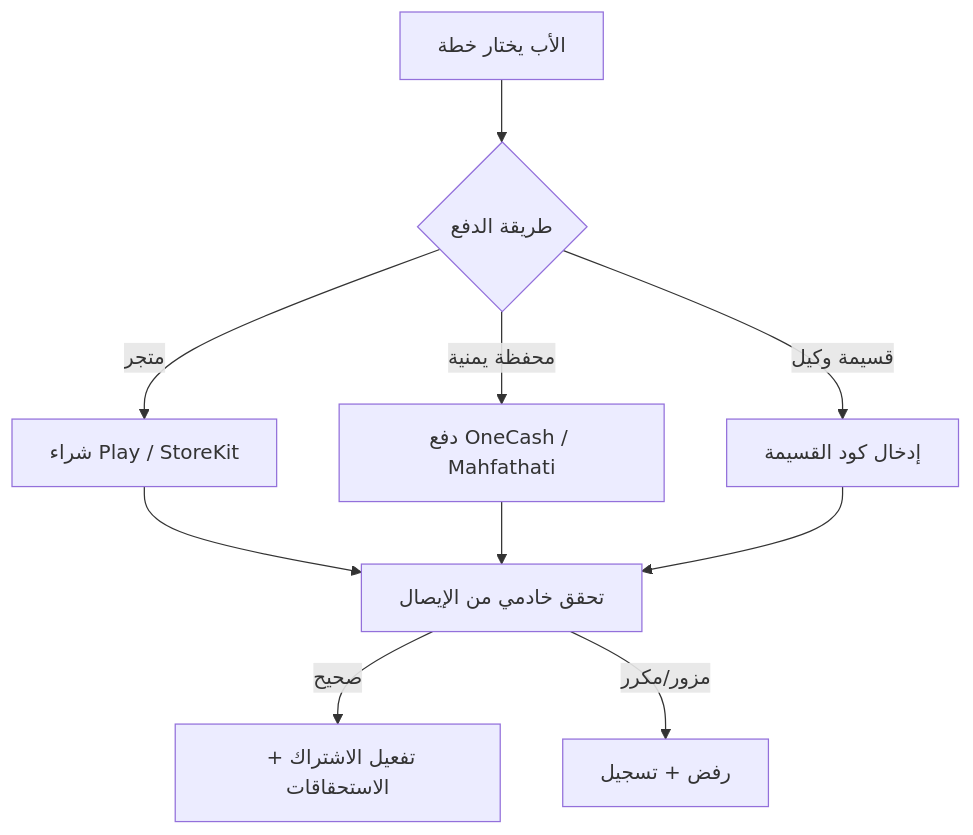
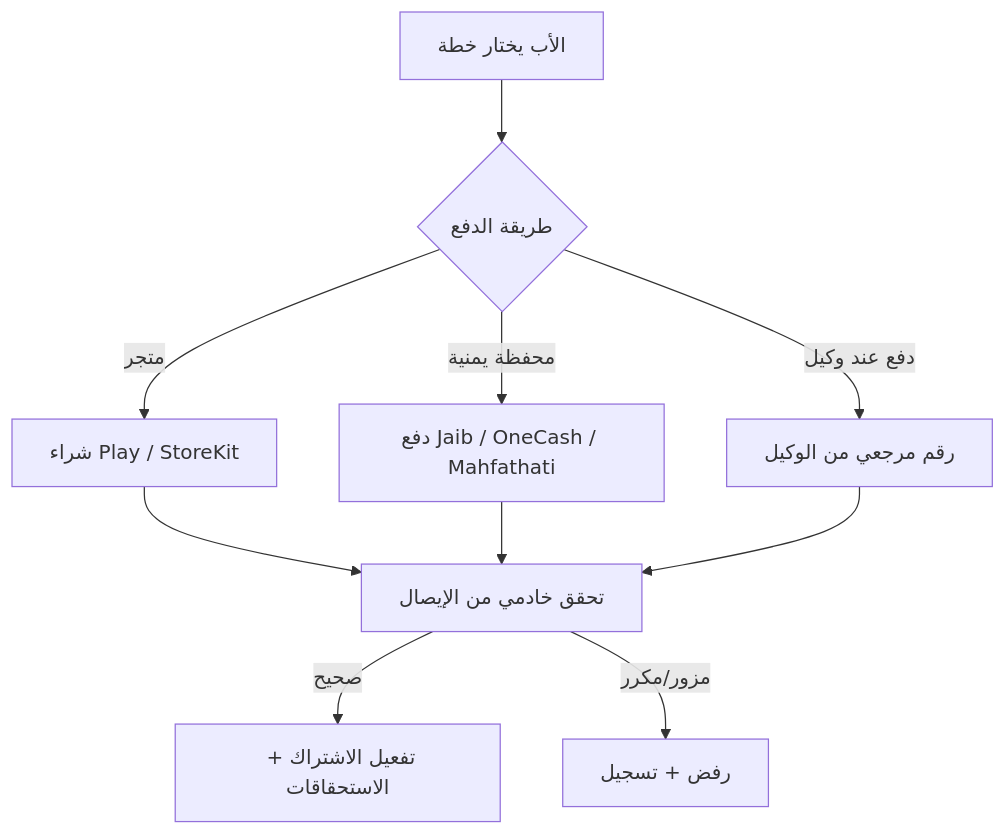
One commit to Bassam-mohammed-alqaeadi/family-os-v2 changed the fourth of 5 diagrams in docs/family-os/governance/phases/phase-1/S1-04-plans-and-subscriptions/SPEC.md. Above: the diagram before and after it, drawn with Mermaid. The commit also changed other lines of this file and 32 other files, not shown here.

````diff
--- a/docs/family-os/governance/phases/phase-1/S1-04-plans-and-subscriptions/SPEC.md
+++ b/docs/family-os/governance/phases/phase-1/S1-04-plans-and-subscriptions/SPEC.md
@@ -106,12 +104,12 @@
 ```mermaid
 flowchart TD
     A[الأب يختار خطة] --> B{طريقة الدفع}
     B -->|متجر| C[شراء Play / StoreKit]
-    B -->|محفظة يمنية| D[دفع OneCash / Mahfathati]
-    B -->|قسيمة وكيل| E[إدخال كود القسيمة]
+    B -->|محفظة يمنية| D[دفع Jaib / OneCash / Mahfathati]
+    B -->|دفع عند وكيل| E[رقم مرجعي من الوكيل]
     C --> F[تحقق خادمي من الإيصال]
     D --> F
     E --> F
     F -->|صحيح| G[تفعيل الاشتراك + الاستحقاقات]
     F -->|مزور/مكرر| H[رفض + تسجيل]
 ```
````
